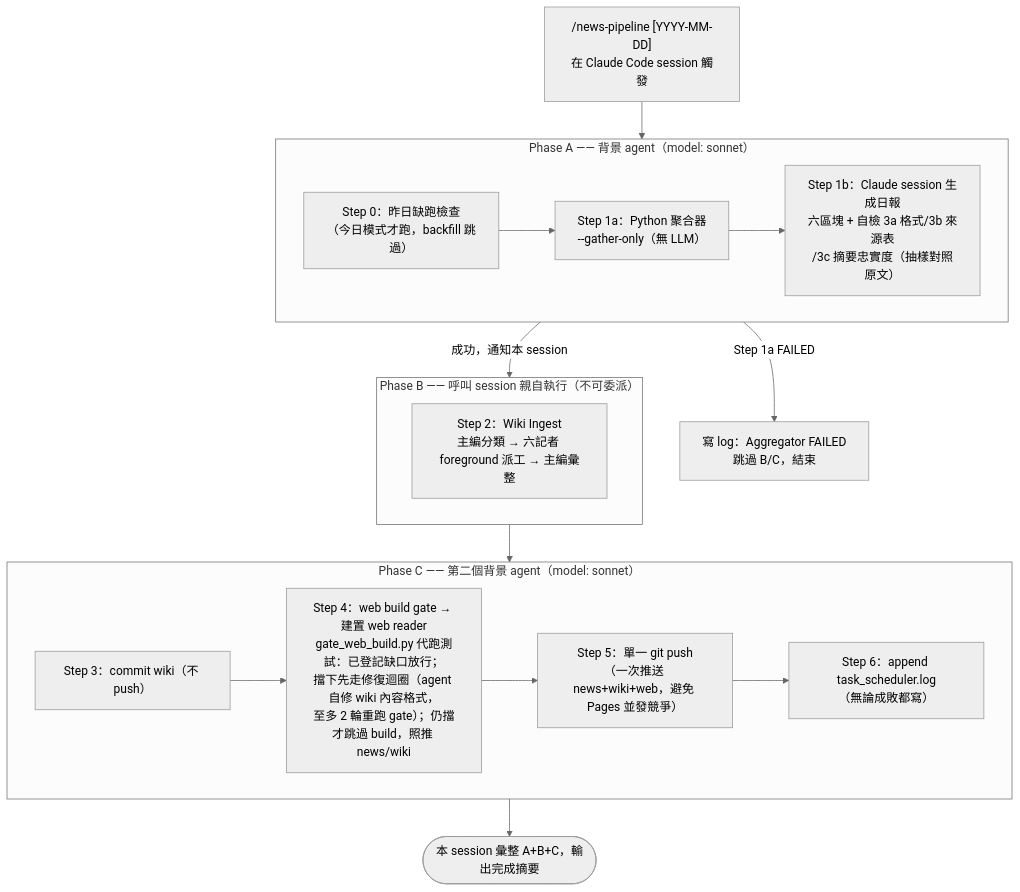
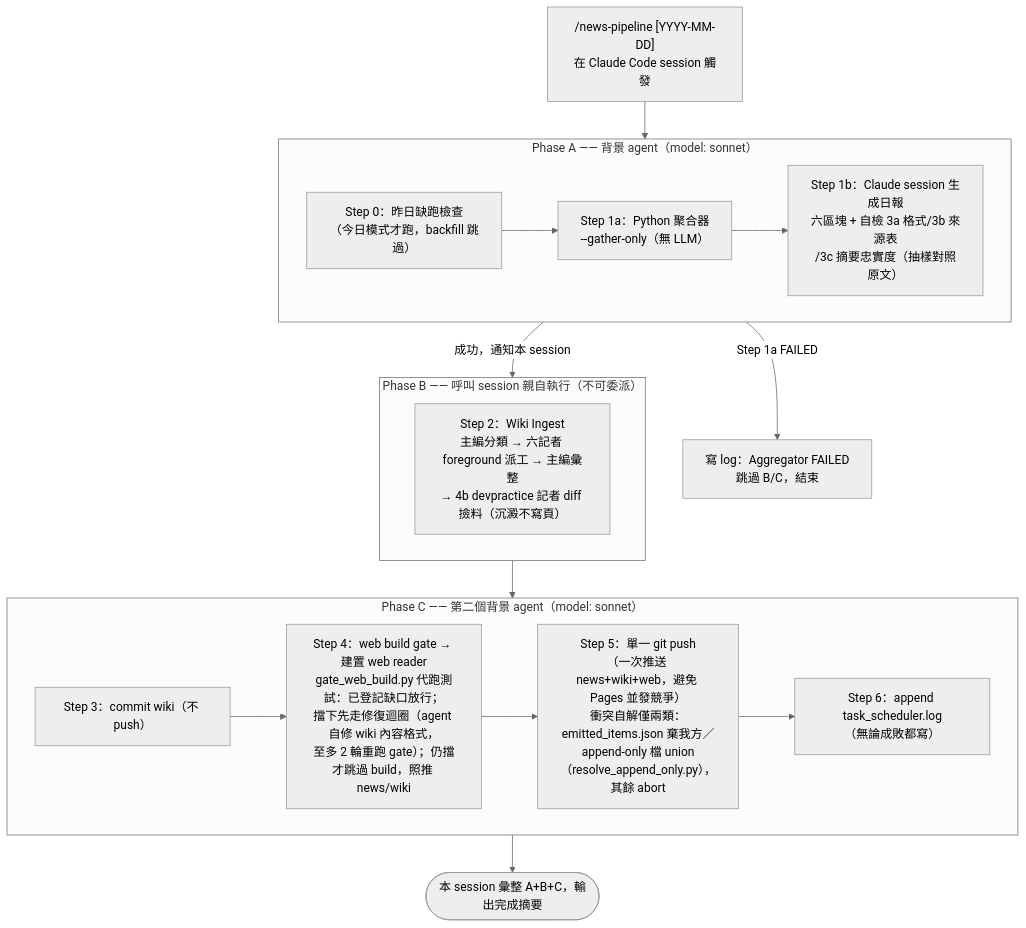
The first of 9 diagrams in src/DesignDocument/Design Diagram.md (mandy82477/claude-news), drawn with Mermaid (neutral theme) before and after one commit. The commit also changed other lines of this file and 2 other files, not shown here.

Commit message:
docs: 架構文件同步 GitHub 發現機制改版（A/B/C/D 窗＋E 記錄端）、devpractice 第七位記者、user-query 進料、興趣榜、append-only 自解；修正雲端班次六班→三班漂移

````diff
--- a/src/DesignDocument/Design Diagram.md
+++ b/src/DesignDocument/Design Diagram.md
@@ -18,33 +18,33 @@
 ```mermaid
 flowchart TD
     TRIG["/news-pipeline [YYYY-MM-DD]\n在 Claude Code session 觸發"] --> PA
 
     subgraph PA["Phase A —— 背景 agent（model: sonnet）"]
         S0["Step 0：昨日缺跑檢查\n（今日模式才跑，backfill 跳過）"]
         S1A["Step 1a：Python 聚合器\n--gather-only（無 LLM）"]
         S1B["Step 1b：Claude session 生成日報\n六區塊 + 自檢 3a 格式/3b 來源表\n/3c 摘要忠實度（抽樣對照原文）"]
         S0 --> S1A --> S1B
     end
 
     PA -->|Step 1a FAILED| STOP["寫 log：Aggregator FAILED\n跳過 B/C，結束"]
     PA -->|成功，通知本 session| PB
 
     subgraph PB["Phase B —— 呼叫 session 親自執行（不可委派）"]
-        S2["Step 2：Wiki Ingest\n主編分類 → 六記者 foreground 派工 → 主編彙整"]
+        S2["Step 2：Wiki Ingest\n主編分類 → 六記者 foreground 派工 → 主編彙整\n→ 4b devpractice 記者 diff 撿料（沉澱不寫頁）"]
     end
 
     PB --> PC
 
     subgraph PC["Phase C —— 第二個背景 agent（model: sonnet）"]
         S3["Step 3：commit wiki（不 push）"]
         S4["Step 4：web build gate → 建置 web reader
 gate_web_build.py 代跑測試：已登記缺口放行；
 擋下先走修復迴圈（agent 自修 wiki 內容格式，
 至多 2 輪重跑 gate）；仍擋才跳過 build，照推 news/wiki"]
-        S5["Step 5：單一 git push\n（一次推送 news+wiki+web，避免 Pages 並發競爭）"]
+        S5["Step 5：單一 git push\n（一次推送 news+wiki+web，避免 Pages 並發競爭）\n衝突自解僅兩類：emitted_items.json 棄我方／\nappend-only 檔 union（resolve_append_only.py），其餘 abort"]
         S6["Step 6：append task_scheduler.log\n（無論成敗都寫）"]
         S3 --> S4 --> S5 --> S6
     end
 
     PC --> DONE(["本 session 彙整 A+B+C，輸出完成摘要"])
 ```
````
